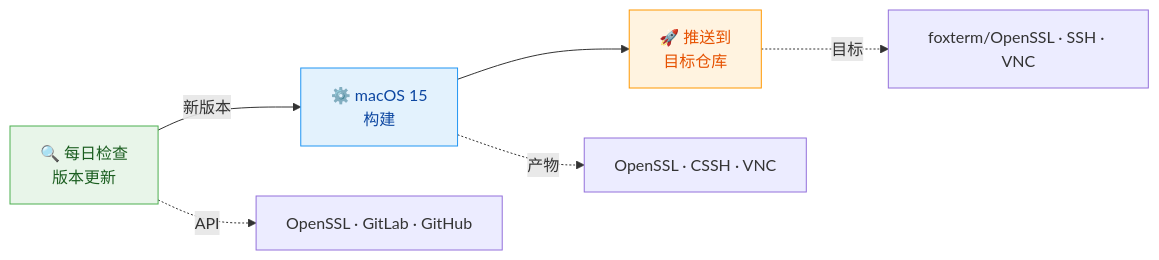
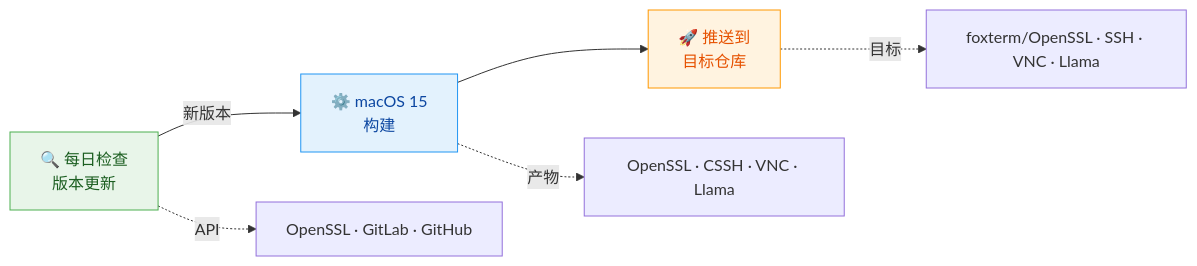
Before and after one commit to foxterm/xcframework_build: the first of 2 diagrams in README_CN.md, drawn with Mermaid. The commit also changed other lines of this file and 5 other files, not shown here.

````diff
--- a/README_CN.md
+++ b/README_CN.md
@@ -17,13 +17,13 @@
 ```mermaid
 graph LR
     A["🔍 每日检查\n版本更新"] -->|新版本| B["⚙️ macOS 15\n构建"]
     B --> C["🚀 推送到\n目标仓库"]
 
     A -.->|API| A1["OpenSSL · GitLab · GitHub"]
-    B -.->|产物| B1["OpenSSL · CSSH · VNC"]
-    C -.->|目标| C1["foxterm/OpenSSL · SSH · VNC"]
+    B -.->|产物| B1["OpenSSL · CSSH · VNC · Llama"]
+    C -.->|目标| C1["foxterm/OpenSSL · SSH · VNC · Llama"]
 
     style A fill:#e8f5e9,stroke:#4caf50,color:#1b5e20
     style B fill:#e3f2fd,stroke:#2196f3,color:#0d47a1
     style C fill:#fff3e0,stroke:#ff9800,color:#e65100
 ```
````
